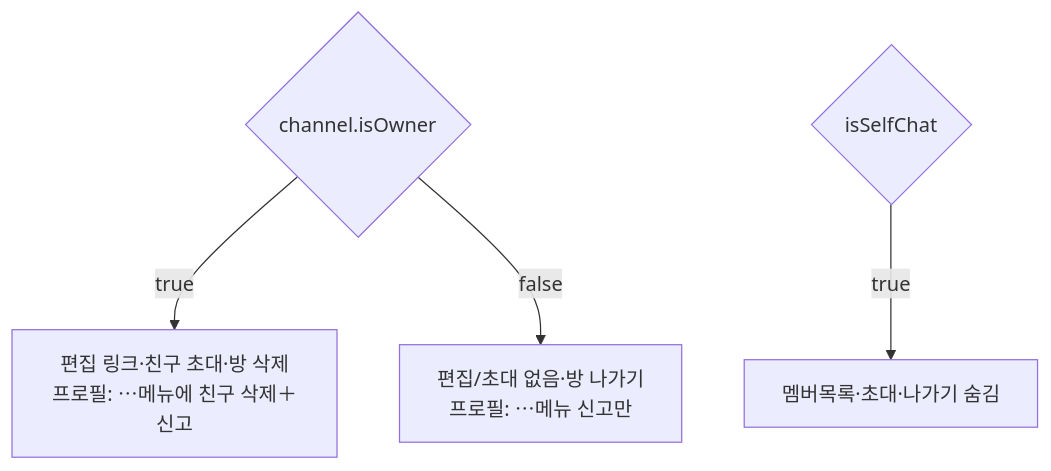
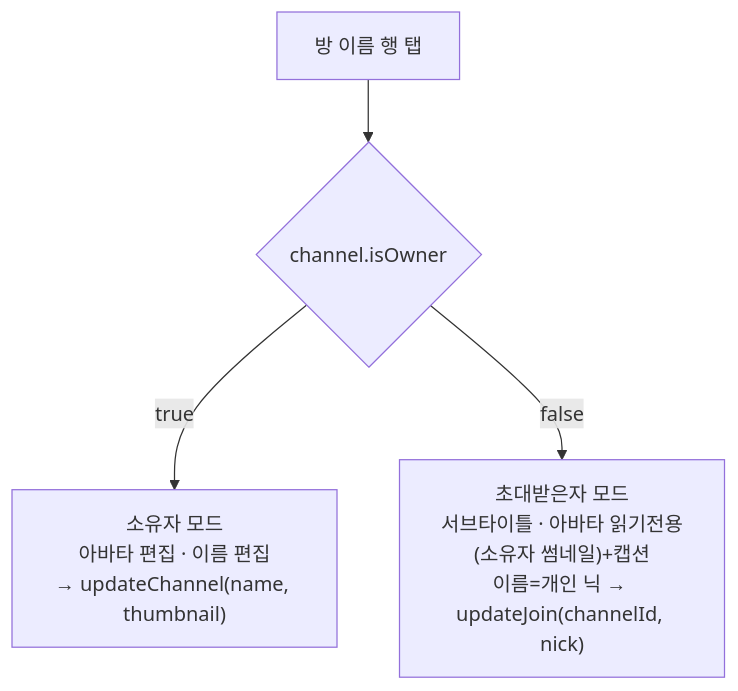
The first of 3 diagrams in apps/web/docs/feature/channels/channel-settings-ui.md (lemoncloud-io/dou-app), drawn with Mermaid before and after one commit. The commit also changed other lines of this file and 2 other files, not shown here.

First line of the commit message:
docs(adr): 채널 상세 다이얼로그 재디자인 기록(ADR-0022) 및 channel-settings-ui 갱신

````diff
--- a/apps/web/docs/feature/channels/channel-settings-ui.md
+++ b/apps/web/docs/feature/channels/channel-settings-ui.md
@@ -92,6 +77,6 @@
 ```mermaid
 flowchart TD
-    A{channel.isOwner} -->|true| O[편집 링크·친구 초대·방 삭제<br/>프로필: ⋯메뉴에 친구 삭제＋신고]
-    A -->|false| M[편집/초대 없음·방 나가기<br/>프로필: ⋯메뉴 신고만]
-    B{isSelfChat} -->|true| S[멤버목록·초대·나가기 숨김]
+    Open[방 이름 행 탭] --> Q{channel.isOwner}
+    Q -->|true| O["소유자 모드<br/>아바타 편집 · 이름 편집<br/>→ updateChannel(name, thumbnail)"]
+    Q -->|false| I["초대받은자 모드<br/>서브타이틀 · 아바타 읽기전용(소유자 썸네일)+캡션<br/>이름=개인 닉 → updateJoin(channelId, nick)"]
 ```
````
